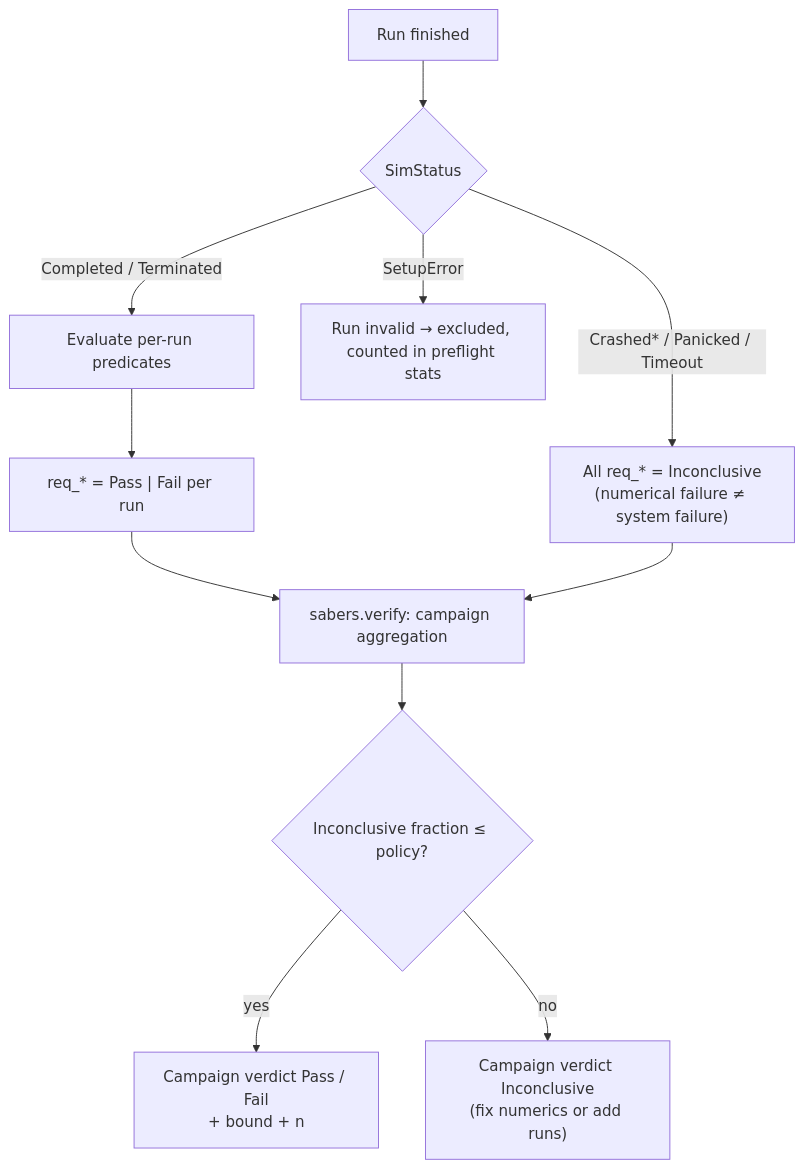
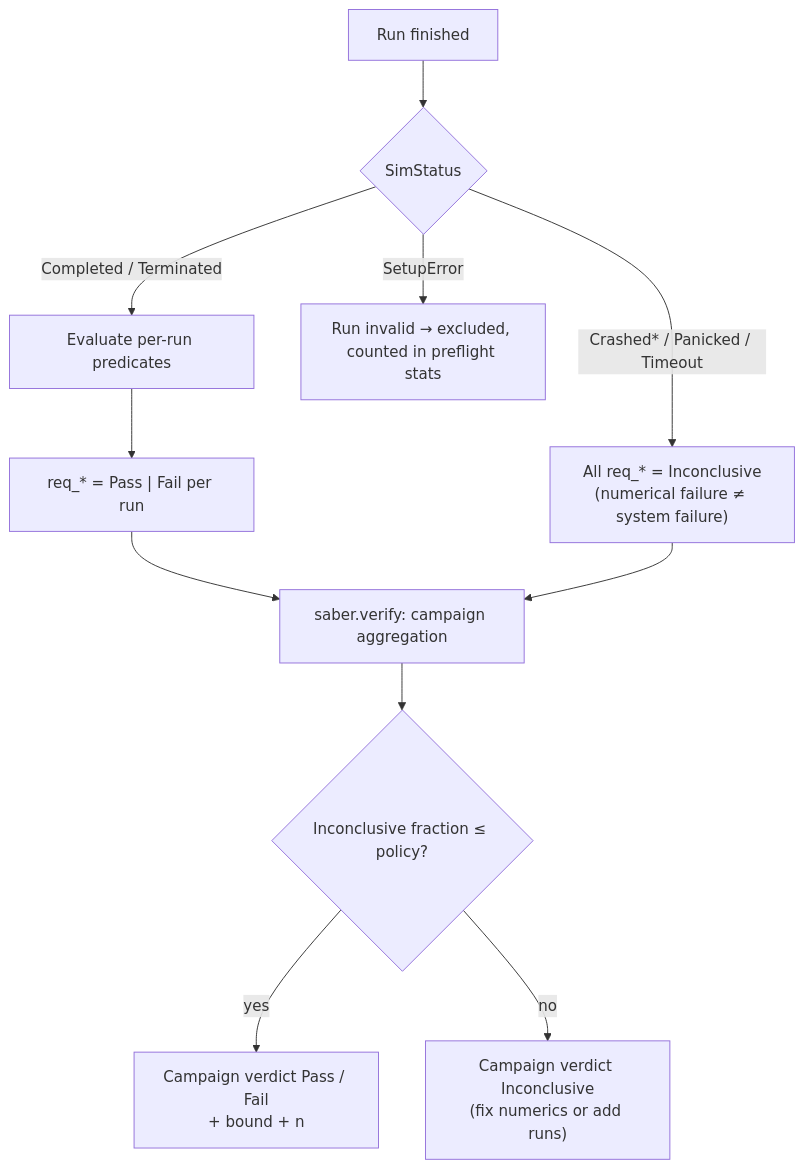
Diagram 14 of 18 in docs/design/subsystems-and-interfaces.md (Schmiedium/SABER), drawn with Mermaid before and after one commit. The commit also changed other lines of this file and 6 other files, not shown here.

First line of the commit message:
Rename sabers identifiers to saber across the design docs (D18)

````diff
--- a/docs/design/subsystems-and-interfaces.md
+++ b/docs/design/subsystems-and-interfaces.md
@@ -948,13 +950,13 @@
 ```mermaid
 flowchart TD
     run["Run finished"] --> st{SimStatus}
     st -- "Completed / Terminated" --> ev["Evaluate per-run predicates"]
     st -- "Crashed* / Panicked / Timeout" --> inc["All req_* = Inconclusive<br/>(numerical failure ≠ system failure)"]
     st -- "SetupError" --> inv["Run invalid → excluded, counted in preflight stats"]
     ev --> pr["req_* = Pass | Fail per run"]
-    pr --> agg["sabers.verify: campaign aggregation"]
+    pr --> agg["saber.verify: campaign aggregation"]
     inc --> agg
     agg --> cv{"Inconclusive fraction ≤ policy?"}
     cv -- yes --> final["Campaign verdict Pass / Fail<br/>+ bound + n"]
     cv -- no --> finc["Campaign verdict Inconclusive<br/>(fix numerics or add runs)"]
 ```
````
